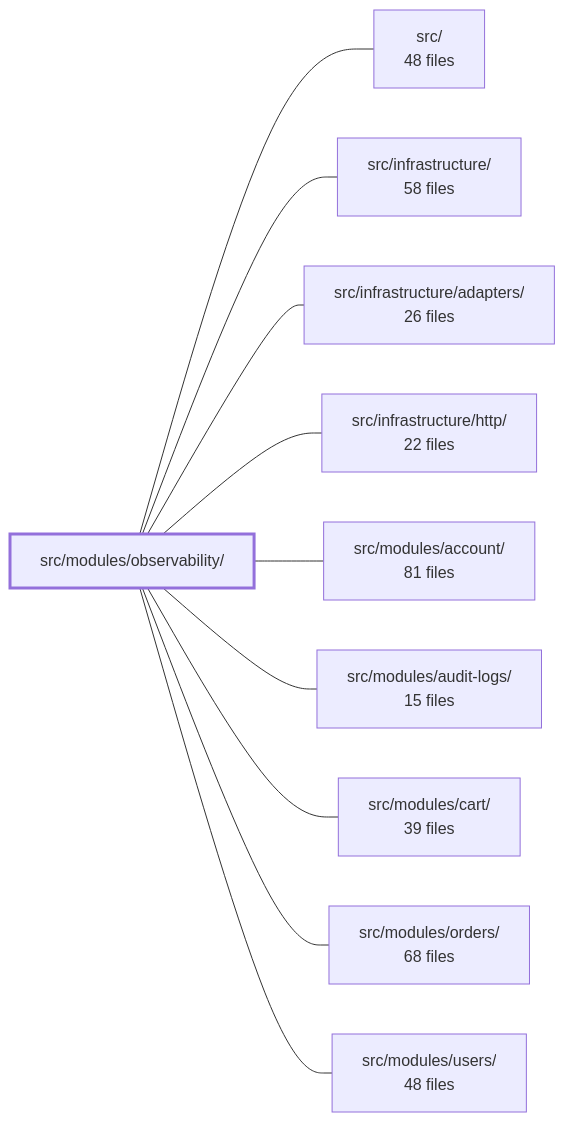
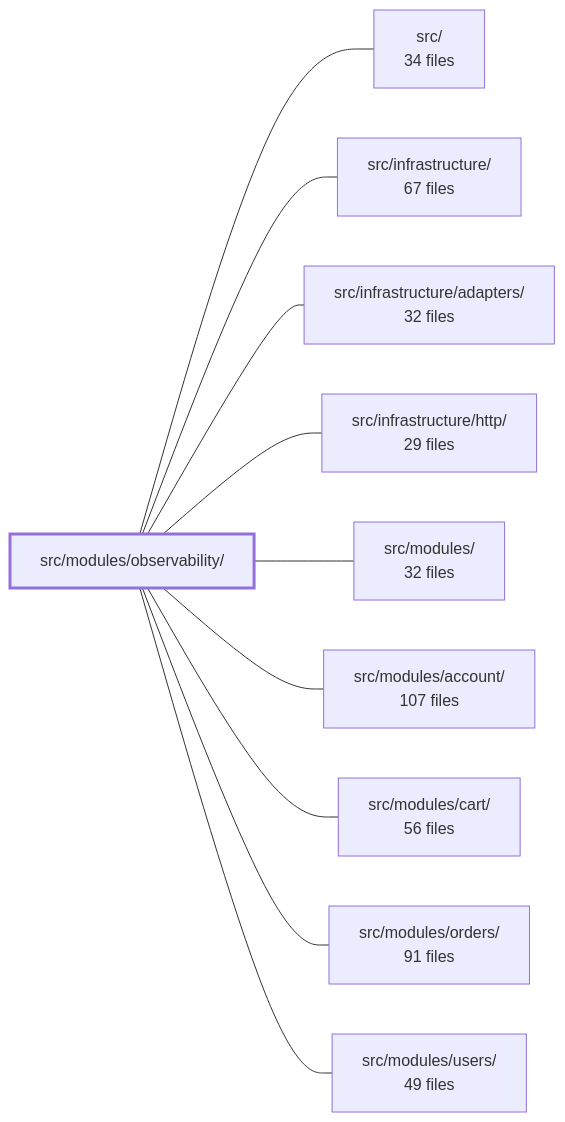
One commit to Guebbit/boilerplate-node-backend changed the diagram in .2brain/modules/boilerplate-node-backend_src_modules_observability.md. Above: the diagram before and after it, drawn with Mermaid. The commit also changed other lines of this file and 106 other files, not shown here.

````diff
--- a/.2brain/modules/boilerplate-node-backend_src_modules_observability.md
+++ b/.2brain/modules/boilerplate-node-backend_src_modules_observability.md
@@ -41,23 +41,23 @@
 ```mermaid
 flowchart LR
     m_src_modules_observability["src/modules/observability/"]
-    m_src["src/<br/>48 files"]
-    m_src_infrastructure["src/infrastructure/<br/>58 files"]
-    m_src_infrastructure_adapters["src/infrastructure/adapters/<br/>26 files"]
-    m_src_infrastructure_http["src/infrastructure/http/<br/>22 files"]
-    m_src_modules_account["src/modules/account/<br/>81 files"]
-    m_src_modules_audit_logs["src/modules/audit-logs/<br/>15 files"]
-    m_src_modules_cart["src/modules/cart/<br/>39 files"]
-    m_src_modules_orders["src/modules/orders/<br/>68 files"]
-    m_src_modules_users["src/modules/users/<br/>48 files"]
+    m_src["src/<br/>34 files"]
+    m_src_infrastructure["src/infrastructure/<br/>67 files"]
+    m_src_infrastructure_adapters["src/infrastructure/adapters/<br/>32 files"]
+    m_src_infrastructure_http["src/infrastructure/http/<br/>29 files"]
+    m_src_modules["src/modules/<br/>32 files"]
+    m_src_modules_account["src/modules/account/<br/>107 files"]
+    m_src_modules_cart["src/modules/cart/<br/>56 files"]
+    m_src_modules_orders["src/modules/orders/<br/>91 files"]
+    m_src_modules_users["src/modules/users/<br/>49 files"]
     m_src_modules_observability --- m_src
     m_src_modules_observability --- m_src_infrastructure
     m_src_modules_observability --- m_src_infrastructure_adapters
     m_src_modules_observability --- m_src_infrastructure_http
+    m_src_modules_observability --- m_src_modules
     m_src_modules_observability --- m_src_modules_account
-    m_src_modules_observability --- m_src_modules_audit_logs
     m_src_modules_observability --- m_src_modules_cart
     m_src_modules_observability --- m_src_modules_orders
     m_src_modules_observability --- m_src_modules_users
     style m_src_modules_observability stroke-width:3px
 ```
````
